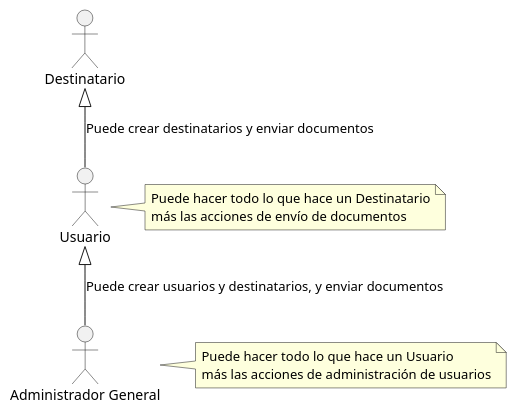
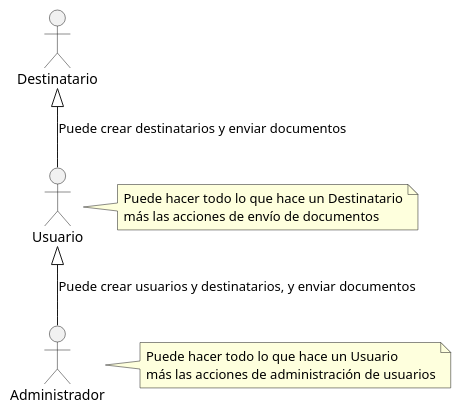
Before and after one commit to mmasias/24-25-IdSw1-SDR: the diagram in docs/casosDeUso/actores/actores.puml, drawn with PlantUML. The commit also changed 9 other files, not shown here.

Commit message:
FIX/ diagrama casos de uso

```diff
--- a/docs/casosDeUso/actores/actores.puml
+++ b/docs/casosDeUso/actores/actores.puml
@@ -1,18 +1,18 @@
 @startuml
 actor "Destinatario" as Destinatario
 actor "Usuario" as Usuario
-actor "Administrador General" as AdminGeneral
+actor "Administrador" as Administrador
 
 Destinatario <|-- Usuario : Puede crear destinatarios y enviar documentos
-Usuario <|-- AdminGeneral : Puede crear usuarios y destinatarios, y enviar documentos
+Usuario <|-- Administrador : Puede crear usuarios y destinatarios, y enviar documentos
 
-note right of AdminGeneral
+note right of Administrador
     Puede hacer todo lo que hace un Usuario
     más las acciones de administración de usuarios
 end note
 
 note right of Usuario
     Puede hacer todo lo que hace un Destinatario
     más las acciones de envío de documentos
 end note
 @enduml
```
